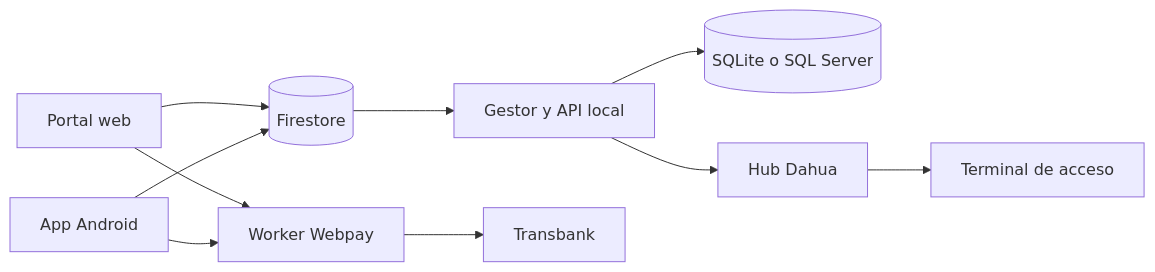
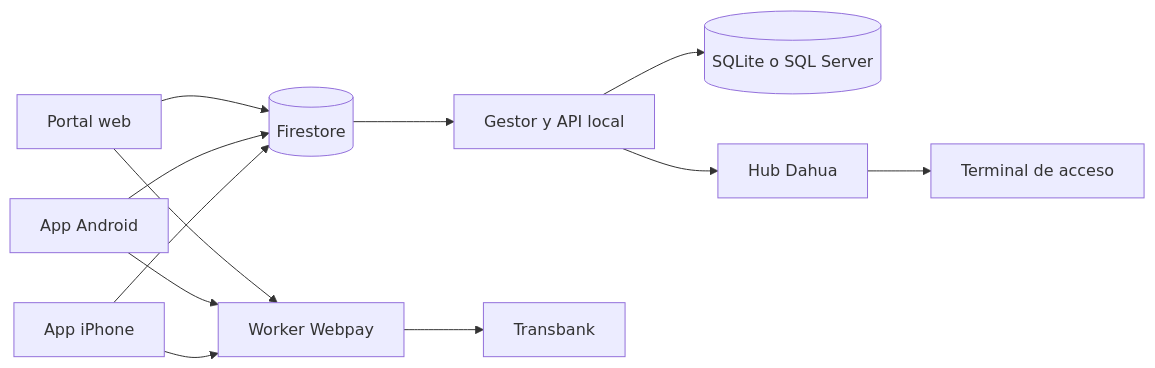
Before and after one commit to Aherrera73/RestBlu: the diagram in README.md, drawn with Mermaid. The commit also changed other lines of this file and 28 other files, not shown here.

Commit message:
Add native iPhone app and Webpay return support

````diff
--- a/README.md
+++ b/README.md
@@ -24,12 +25,14 @@
 ```mermaid
 flowchart LR
     Web[Portal web] --> Firestore[(Firestore)]
     Android[App Android] --> Firestore
+    iPhone[App iPhone] --> Firestore
     Firestore --> Gestor[Gestor y API local]
     Gestor --> DB[(SQLite o SQL Server)]
     Web --> Pagos[Worker Webpay]
     Android --> Pagos
+    iPhone --> Pagos
     Pagos --> Transbank[Transbank]
     Gestor --> Hub[Hub Dahua]
     Hub --> Terminal[Terminal de acceso]
 ```
````
